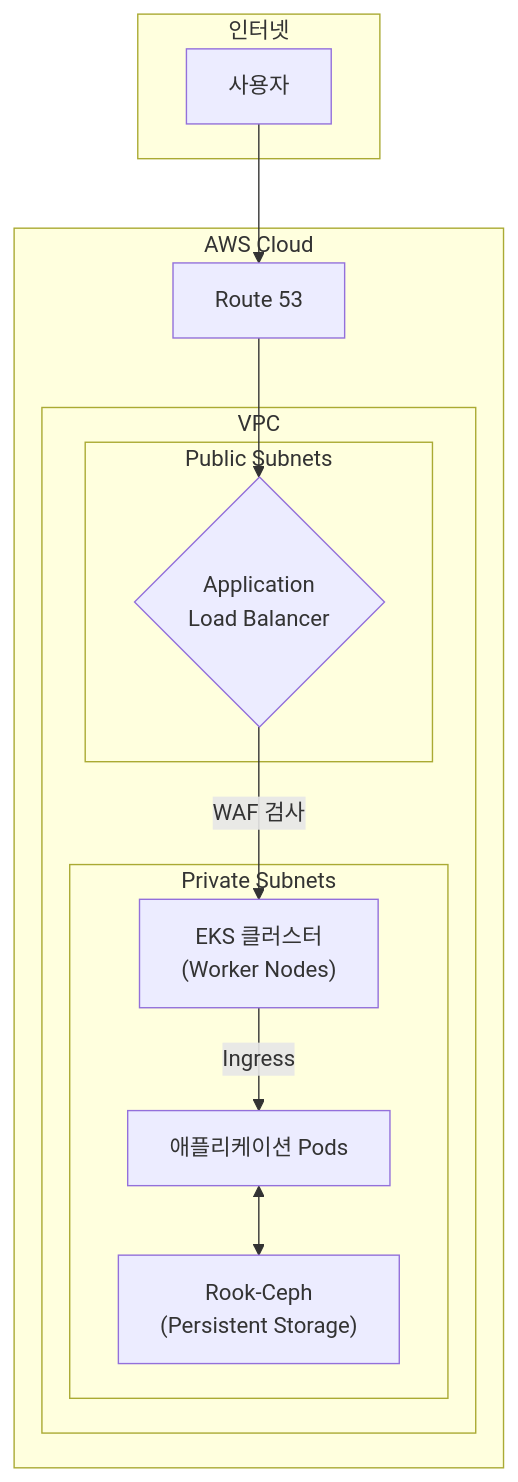
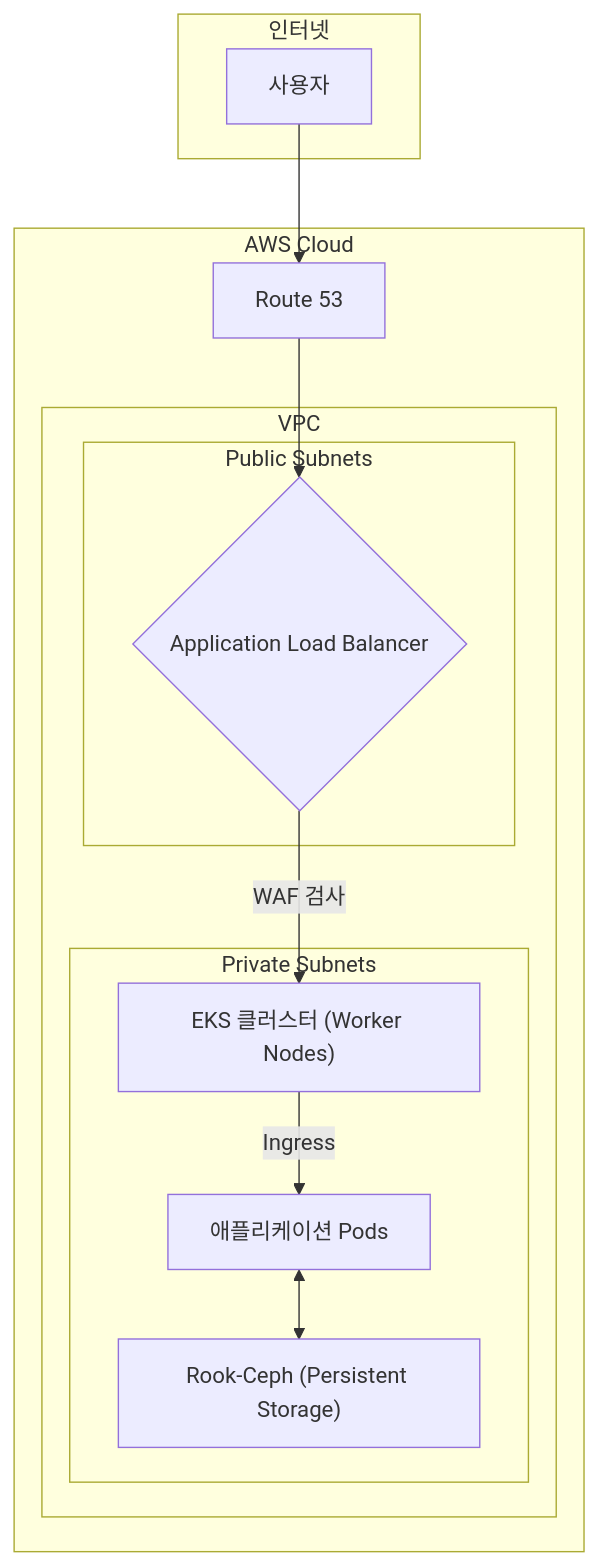
The diagram in README.md (devopslabs-jcg/k8s-infra-as-code), drawn with Mermaid before and after one commit.

Commit message:
README rook-ceph update

````diff
--- a/README.md
+++ b/README.md
@@ -26,23 +26,23 @@
 ```mermaid
 graph TD
     subgraph "인터넷"
         A["사용자"]
     end
 
     subgraph "AWS Cloud"
         subgraph "VPC"
             subgraph "Public Subnets"
-                C{"Application <br> Load Balancer"};
+                C{"Application Load Balancer"};
             end
             subgraph "Private Subnets"
-                D["EKS 클러스터 <br> (Worker Nodes)"];
+                D["EKS 클러스터 (Worker Nodes)"];
                 D -- Ingress --> E["애플리케이션 Pods"];
-                E <--> F["Rook-Ceph <br> (Persistent Storage)"];
+                E <--> F["Rook-Ceph (Persistent Storage)"];
             end
         end
         B["Route 53"] --> C;
         C -- "WAF 검사" --> D;
     end
 
     A --> B;
 ```
````
